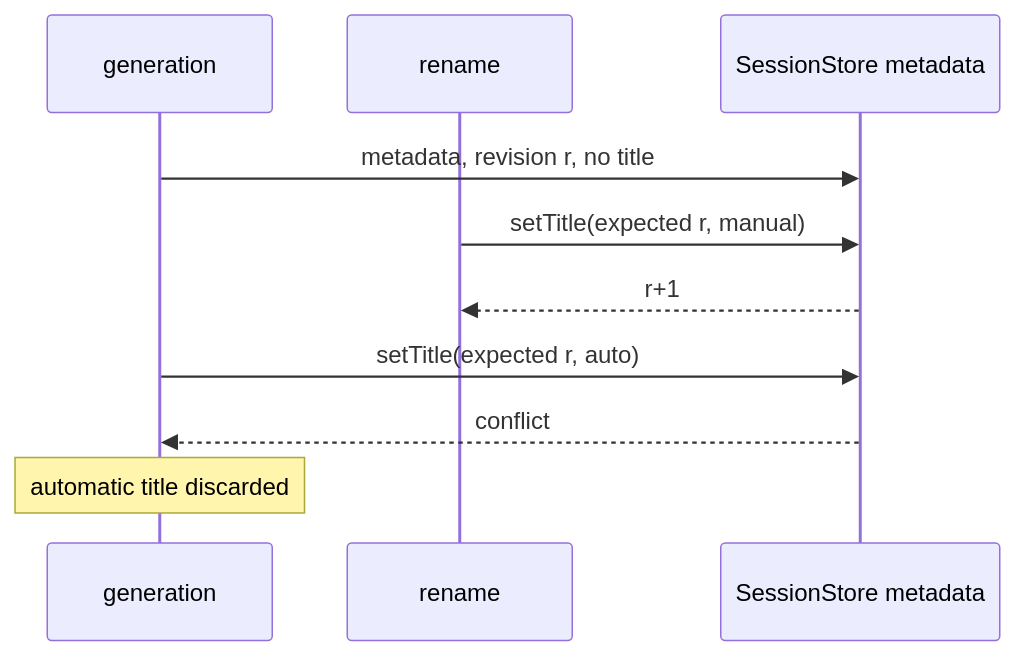
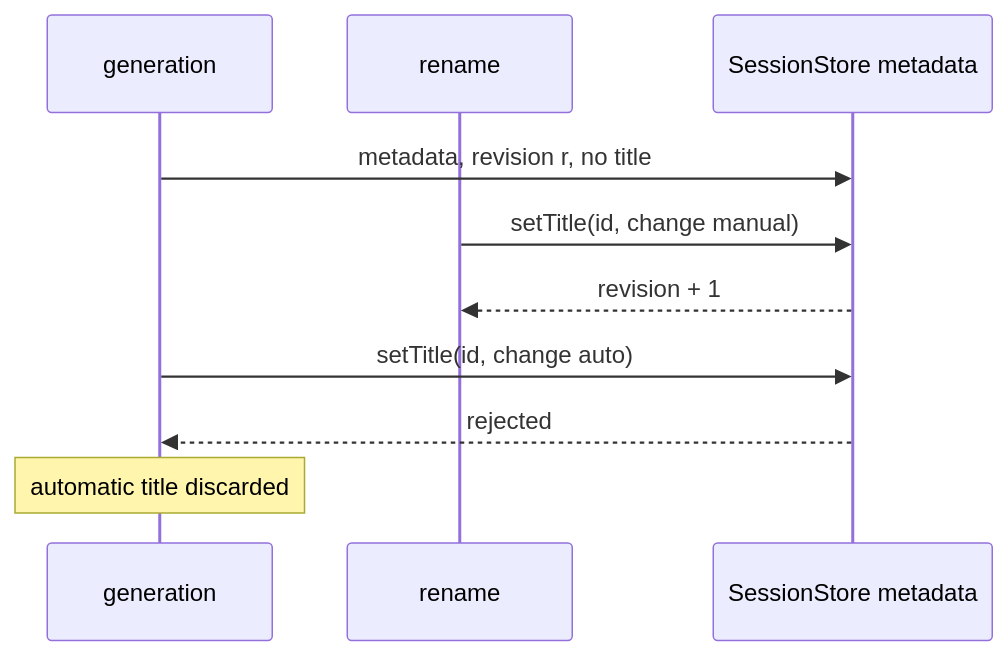
The sixth of 6 diagrams in docs/design/plugins/SessionTitle.md (arcships/dim), drawn with Mermaid before and after one commit. The commit also changed other lines of this file and 5 other files, not shown here.

````diff
--- a/docs/design/plugins/SessionTitle.md
+++ b/docs/design/plugins/SessionTitle.md
@@ -278,12 +278,12 @@
 ```mermaid
 sequenceDiagram
   participant G as generation
   participant R as rename
   participant Meta as SessionStore metadata
   G->>Meta: metadata, revision r, no title
-  R->>Meta: setTitle(expected r, manual)
-  Meta-->>R: r+1
-  G->>Meta: setTitle(expected r, auto)
-  Meta-->>G: conflict
+  R->>Meta: setTitle(id, change manual)
+  Meta-->>R: revision + 1
+  G->>Meta: setTitle(id, change auto)
+  Meta-->>G: rejected
   Note over G: automatic title discarded
 ```
````
